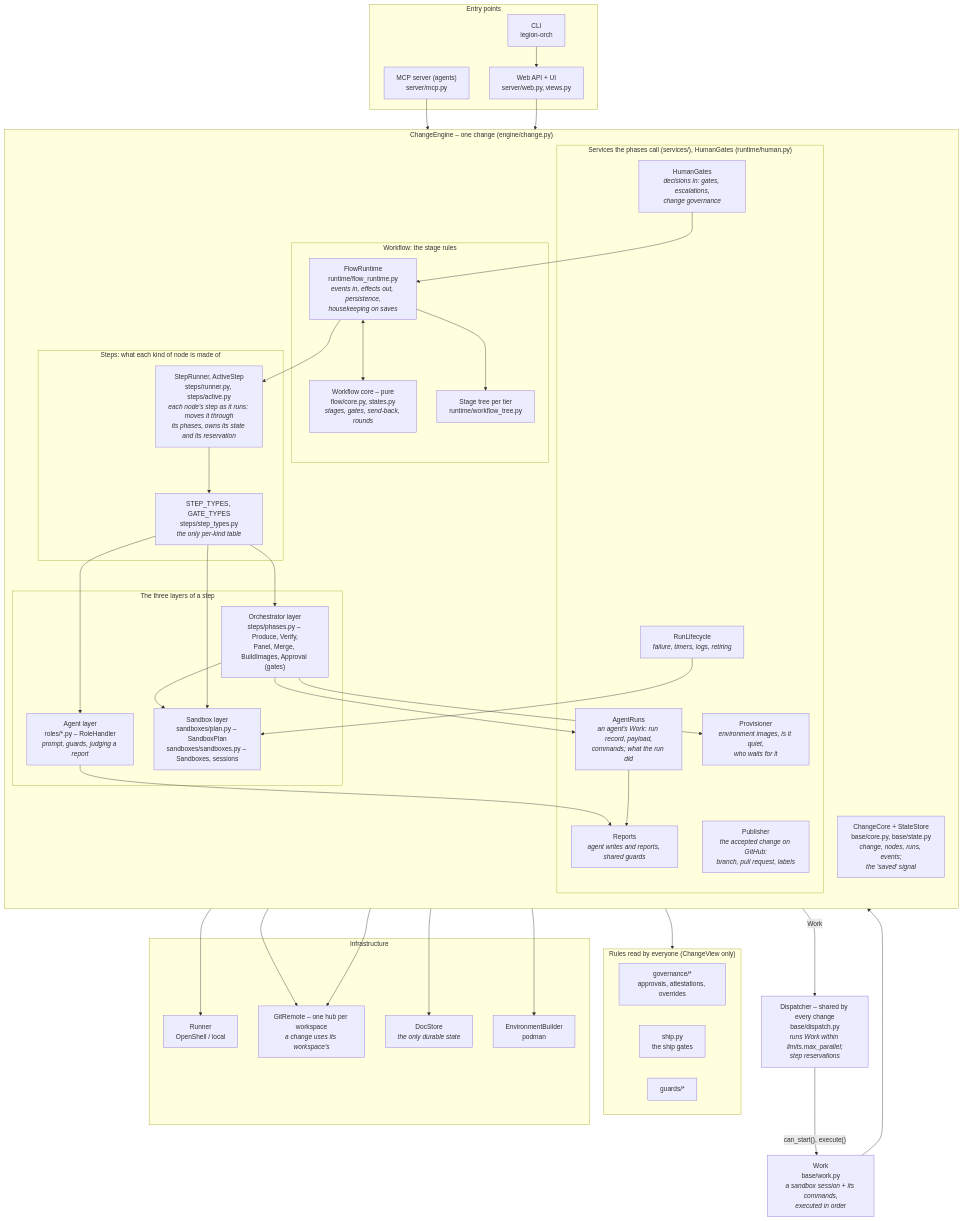
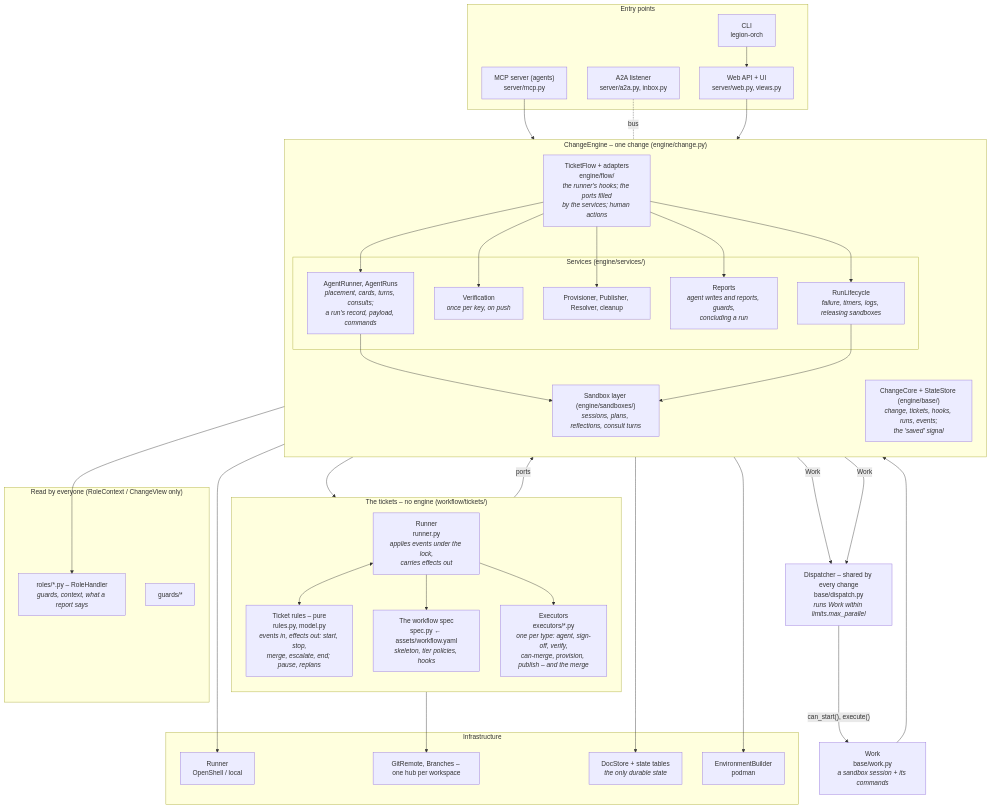
The first of 4 diagrams in docs/architecture.md (mr-miles/orchestrator), drawn with Mermaid before and after one commit. The commit also changed other lines of this file and 11 other files, not shown here.

First line of the commit message:
tickets 3b: WORKFLOW.md and the architecture rewritten around tickets

````diff
--- a/docs/architecture.md
+++ b/docs/architecture.md
@@ -13,73 +15,68 @@
 ```mermaid
 flowchart TB
     subgraph entry["Entry points"]
         web["Web API + UI<br/>server/web.py, views.py"]
         mcp["MCP server (agents)<br/>server/mcp.py"]
+        a2a["A2A listener<br/>server/a2a.py, inbox.py"]
         cli["CLI<br/>legion-orch"]
+    end
+
+    subgraph tickets["The tickets – no engine (workflow/tickets/)"]
+        direction TB
+        rules["Ticket rules – pure<br/>rules.py, model.py<br/><i>events in, effects out: start, stop,<br/>merge, escalate, end; pause, replans</i>"]
+        spec["The workflow spec<br/>spec.py ← assets/workflow.yaml<br/><i>skeleton, tier policies, hooks</i>"]
+        runner["Runner<br/>runner.py<br/><i>applies events under the lock,<br/>carries effects out</i>"]
+        execs["Executors<br/>executors/*.py<br/><i>one per type: agent, sign-off, verify,<br/>can-merge, provision, publish – and the merge</i>"]
     end
 
     subgraph engine["ChangeEngine – one change (engine/change.py)"]
         direction TB
-        subgraph wf["Workflow: the stage rules"]
-            core["Workflow core – pure<br/>flow/core.py, states.py<br/><i>stages, gates, send-back, rounds</i>"]
-            tree["Stage tree per tier<br/>runtime/workflow_tree.py"]
-            rt["FlowRuntime<br/>runtime/flow_runtime.py<br/><i>events in, effects out, persistence,<br/>housekeeping on saves</i>"]
+        flow["TicketFlow + adapters<br/>engine/flow/<br/><i>the runner's hooks; the ports filled<br/>by the services; human actions</i>"]
+        subgraph svc["Services (engine/services/)"]
+            agents["AgentRunner, AgentRuns<br/><i>placement, cards, turns, consults;<br/>a run's record, payload, commands</i>"]
+            reports["Reports<br/><i>agent writes and reports, guards,<br/>concluding a run</i>"]
+            life["RunLifecycle<br/><i>failure, timers, logs, releasing sandboxes</i>"]
+            verif["Verification<br/><i>once per key, on push</i>"]
+            prov["Provisioner, Publisher, Resolver, cleanup"]
         end
-        subgraph steps["Steps: what each kind of node is made of"]
-            runner["StepRunner, ActiveStep<br/>steps/runner.py, steps/active.py<br/><i>each node's step as it runs: moves it through<br/>its phases, owns its state and its reservation</i>"]
-            types["STEP_TYPES, GATE_TYPES<br/>steps/step_types.py<br/><i>the only per-kind table</i>"]
-        end
-        subgraph layers["The three layers of a step"]
-            agent["Agent layer<br/>roles/*.py – RoleHandler<br/><i>prompt, guards, judging a report</i>"]
-            phases["Orchestrator layer<br/>steps/phases.py – Produce, Verify,<br/>Panel, Merge, BuildImages, Approval (gates)"]
-            sbx["Sandbox layer<br/>sandboxes/plan.py – SandboxPlan<br/>sandboxes/sandboxes.py – Sandboxes, sessions"]
-        end
-        subgraph svc["Services the phases call (services/), HumanGates (runtime/human.py)"]
-            agents["AgentRuns<br/><i>an agent's Work: run record, payload,<br/>commands; what the run did</i>"]
-            reports["Reports<br/><i>agent writes and reports, shared guards</i>"]
-            prov["Provisioner<br/><i>environment images, is it quiet,<br/>who waits for it</i>"]
-            pub["Publisher<br/><i>the accepted change on GitHub:<br/>branch, pull request, labels</i>"]
-            life["RunLifecycle<br/><i>failure, timers, logs, retiring</i>"]
-            gates["HumanGates<br/><i>decisions in: gates, escalations,<br/>change governance</i>"]
-        end
-        state["ChangeCore + StateStore<br/>base/core.py, base/state.py<br/><i>change, nodes, runs, events;<br/>the 'saved' signal</i>"]
+        sbx["Sandbox layer (engine/sandboxes/)<br/><i>sessions, plans, reflections, consult turns</i>"]
+        state["ChangeCore + StateStore (engine/base/)<br/><i>change, tickets, hooks, runs, events;<br/>the 'saved' signal</i>"]
     end
 
-    disp["Dispatcher – shared by every change<br/>base/dispatch.py<br/><i>runs Work within limits.max_parallel;<br/>step reservations</i>"]
-    work["Work<br/>base/work.py<br/><i>a sandbox session + its commands,<br/>executed in order</i>"]
+    disp["Dispatcher – shared by every change<br/>base/dispatch.py<br/><i>runs Work within limits.max_parallel</i>"]
+    work["Work<br/>base/work.py<br/><i>a sandbox session + its commands</i>"]
 
-    subgraph gov["Rules read by everyone (ChangeView only)"]
-        governance["governance/*<br/>approvals, attestations, overrides"]
-        ship["ship.py<br/>the ship gates"]
+    subgraph rolesg["Read by everyone (RoleContext / ChangeView only)"]
+        roles["roles/*.py – RoleHandler<br/><i>guards, context, what a report says</i>"]
         guards["guards/*"]
     end
 
     subgraph infra["Infrastructure"]
         runnerx["Runner<br/>OpenShell / local"]
-        git["GitRemote – one hub per workspace<br/><i>a change uses its workspace's</i>"]
-        store["DocStore<br/><i>the only durable state</i>"]
+        git["GitRemote, Branches – one hub per workspace"]
+        store["DocStore + state tables<br/><i>the only durable state</i>"]
         builder["EnvironmentBuilder<br/>podman"]
     end
 
     web --> engine
     cli --> web
     mcp --> reports
-    rt <--> core
-    rt --> tree
-    rt --> runner
-    gates --> rt
-    runner --> types
-    types --> agent & phases & sbx
-    phases --> agents & prov & sbx
-    phases -- "Work" --> disp
+    a2a -. bus .- agents
+    flow --> runner
+    runner <--> rules
+    runner --> spec
+    runner --> execs
+    execs -- "ports" --> flow
+    flow --> agents & verif & prov & reports & life
+    agents --> sbx
+    agents -- "Work" --> disp
+    verif -- "Work" --> disp
     disp -- "can_start(), execute()" --> work
     work --> sbx
-    agents --> reports
-    agent --> reports
+    reports --> roles
     life --> sbx
-    engine --> gov
     sbx --> runnerx
-    phases & gates --> git
+    execs --> git
     state --> store
     prov --> builder
 ```
````
